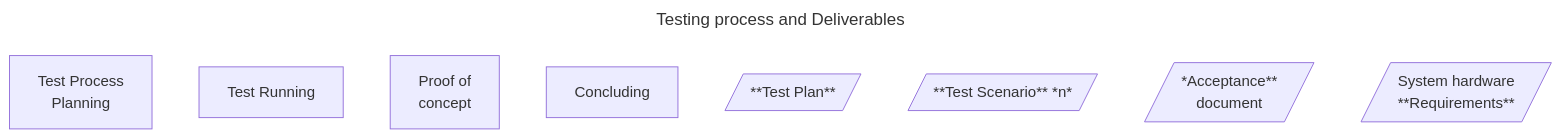
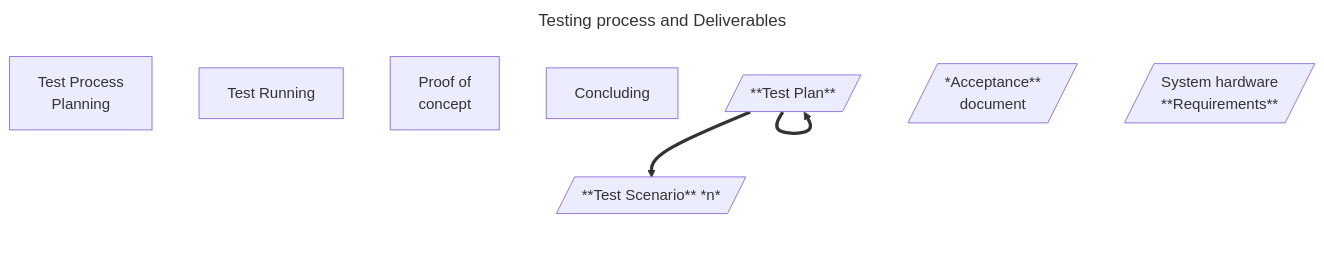
Before and after one commit to petre-renware/sdeven: the second of 2 diagrams in doc_src/SDEVEN.25_SYTEST.md, drawn with Mermaid.

````diff
--- a/doc_src/SDEVEN.25_SYTEST.md
+++ b/doc_src/SDEVEN.25_SYTEST.md
@@ -200,18 +200,20 @@
 ```mermaid
 ---
 title: Testing process and Deliverables
 ---
-%%{init: {"flowchart": {"htmlLabels": false}} }%%
 flowchart TD
     pln["Test Process \n Planning"]
     exec["Test Running"]
     poc["Proof of \n concept"]
     concl["Concluding"]
 
     tpln[/"**Test Plan**"/]
     tsce[/"**Test Scenario** *n*"/]
     pocdoc[/" *Acceptance** \n document"/]
     sysrq[/"System hardware \n **Requirements**"/]
 
 
+    tpln ==> tpln
+    tpln ==> tsce
+
 ```
````
